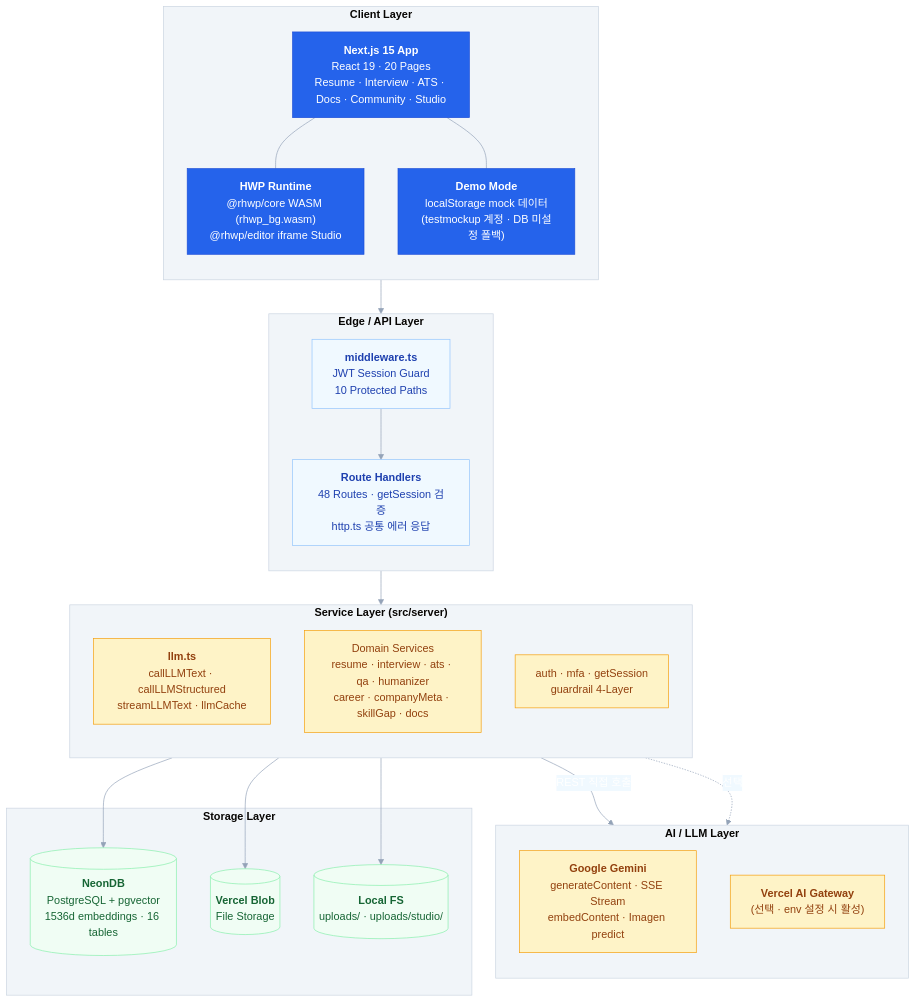
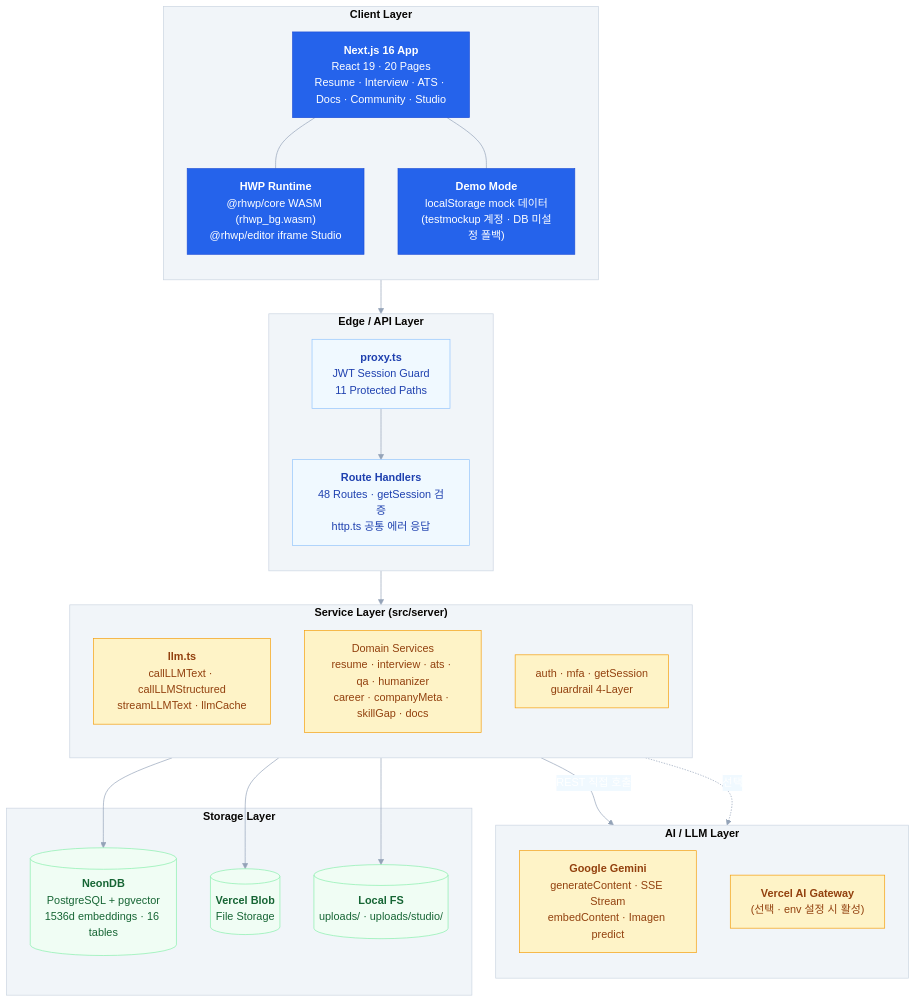
The first of 4 diagrams in README.md (teamKairosdev/Kairos), drawn with Mermaid before and after one commit. The commit also changed other lines of this file and 44 other files, not shown here.

Commit message:
feat: 세션 8 프론트 전체 UI/UX 대대적 개편 — Next 16 업그레이드+middleware→proxy.ts 전환, 디자인 토큰(설도/스켈레톤/애니메이션)+공통 컴포넌트(Skeleton/loading/error), interview 히스토리 복원·종료 UX·스트리밍 중지, ATS/QA/Humanizer 단계 인디케이터+스켈레톤, career 수정 기능+PUT 라우트+상세 페이지 신규, docs/community/settings/admin UX 개편

````diff
--- a/README.md
+++ b/README.md
@@ -16,55 +16,55 @@
 ```mermaid
 %%{init: {'theme':'base', 'themeVariables': { 'primaryColor': '#2563eb', 'primaryTextColor': '#fff', 'primaryBorderColor': '#1d4ed8', 'lineColor': '#94a3b8', 'secondaryColor': '#f0f9ff', 'tertiaryColor': '#f8fafc', 'clusterBkg': '#f1f5f9', 'clusterBorder': '#cbd5e1', 'nodeBorder': '#475569', 'nodeTextColor': '#1e293b'}}}%%
 flowchart TB
     subgraph Client["<b>Client Layer</b>"]
         direction TB
-        NEXT["<b>Next.js 15 App</b><br/>React 19 · 20 Pages<br/>Resume · Interview · ATS · Docs · Community · Studio"]
+        NEXT["<b>Next.js 16 App</b><br/>React 19 · 20 Pages<br/>Resume · Interview · ATS · Docs · Community · Studio"]
         HWP["<b>HWP Runtime</b><br/>@rhwp/core WASM (rhwp_bg.wasm)<br/>@rhwp/editor iframe Studio"]
         DEMO["<b>Demo Mode</b><br/>localStorage mock 데이터<br/>(testmockup 계정 · DB 미설정 폴백)"]
     end
 
     subgraph Edge["<b>Edge / API Layer</b>"]
         direction TB
-        MW["<b>middleware.ts</b><br/>JWT Session Guard<br/>10 Protected Paths"]
+        MW["<b>proxy.ts</b><br/>JWT Session Guard<br/>11 Protected Paths"]
         API["<b>Route Handlers</b><br/>48 Routes · getSession 검증<br/>http.ts 공통 에러 응답"]
     end
 
     subgraph Services["<b>Service Layer (src/server)</b>"]
         direction TB
         LLM_SVC["<b>llm.ts</b><br/>callLLMText · callLLMStructured<br/>streamLLMText · llmCache"]
         DOMAIN["Domain Services<br/>resume · interview · ats · qa · humanizer<br/>career · companyMeta · skillGap · docs"]
         AUTH_SVC["auth · mfa · getSession<br/>guardrail 4-Layer"]
     end
 
     subgraph AI["<b>AI / LLM Layer</b>"]
         direction TB
         GEMINI["<b>Google Gemini</b><br/>generateContent · SSE Stream<br/>embedContent · Imagen predict"]
         GATEWAY["<b>Vercel AI Gateway</b><br/>(선택 · env 설정 시 활성)"]
     end
 
     subgraph Storage["<b>Storage Layer</b>"]
         NEON[("<b>NeonDB</b><br/>PostgreSQL + pgvector<br/>1536d embeddings · 16 tables")]
         BLOB[("<b>Vercel Blob</b><br/>File Storage")]
         LOCAL[("<b>Local FS</b><br/>uploads/ · uploads/studio/")]
     end
 
     NEXT --> MW
     MW --> API
     API --> Services
     LLM_SVC -->|"REST 직접 호출"| GEMINI
     LLM_SVC -.->|"선택"| GATEWAY
     Services --> NEON
     Services --> BLOB
     Services --> LOCAL
     NEXT --- HWP
     NEXT --- DEMO
 
     classDef primary fill:#2563eb,color:#fff,stroke:#1d4ed8
     classDef secondary fill:#f0f9ff,stroke:#93c5fd,color:#1e40af
     classDef accent fill:#fef3c7,stroke:#f59e0b,color:#92400e
     classDef storage fill:#f0fdf4,stroke:#86efac,color:#166534
     class NEXT,HWP,DEMO primary
     class MW,API secondary
     class LLM_SVC,DOMAIN,AUTH_SVC,GEMINI,GATEWAY accent
     class NEON,BLOB,LOCAL storage
 ```
````
